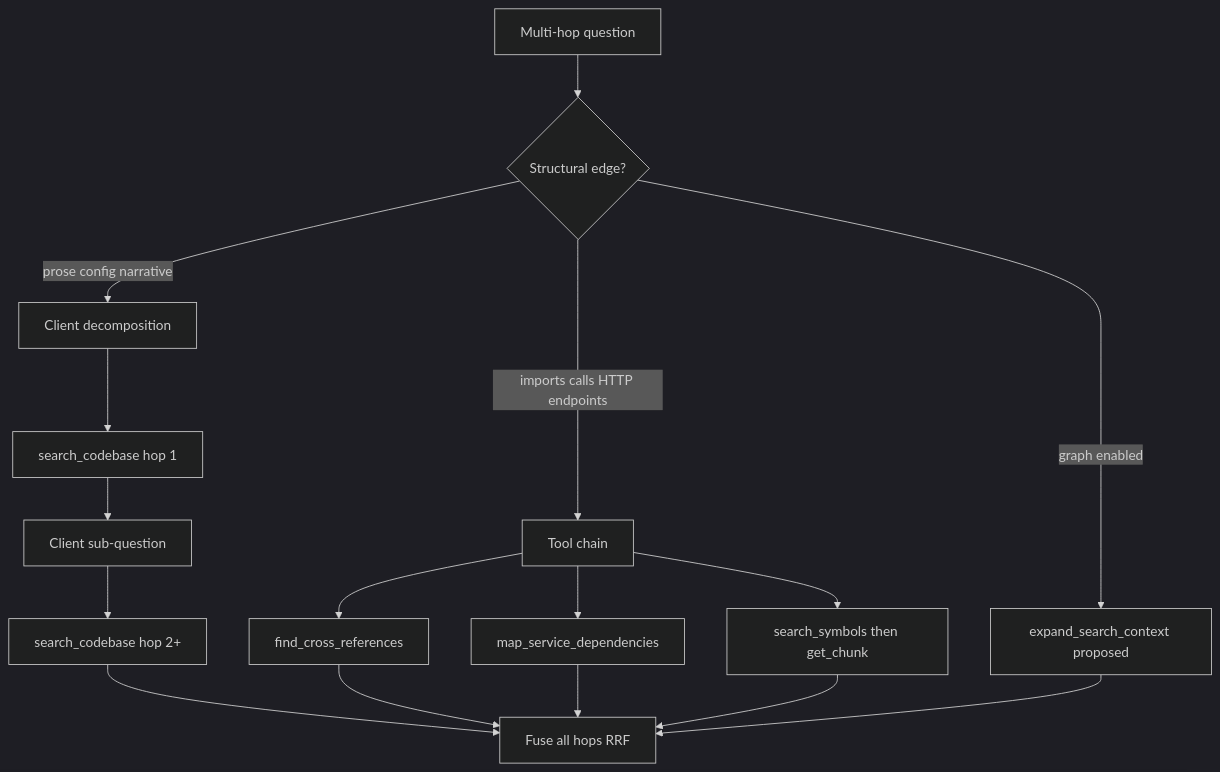
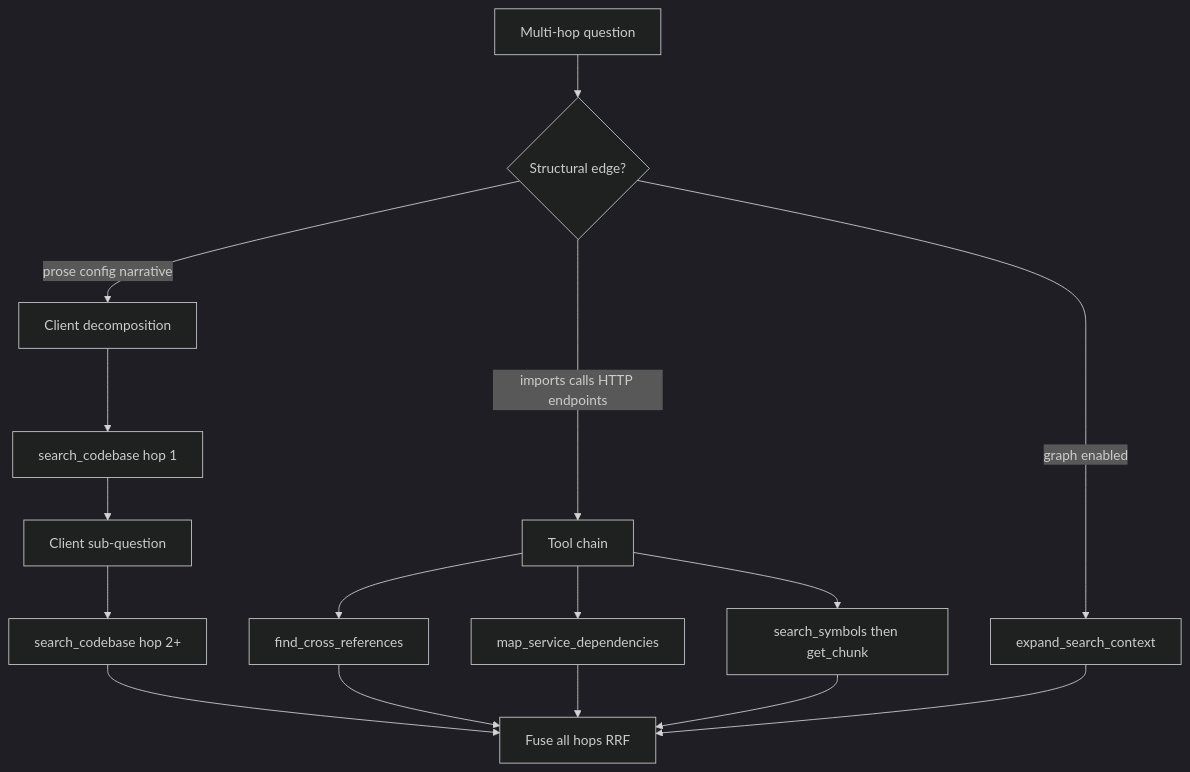
Before and after one commit to Tusquito/codebase-indexer-mcp: the diagram in docs/SEARCH_BEHAVIOR.md, drawn with Mermaid (dark theme). The commit also changed other lines of this file and 67 other files, not shown here.

First line of the commit message:
ADR 0030 Phase 5: GraphRAG Neo4j expand (#41)

````diff
--- a/docs/SEARCH_BEHAVIOR.md
+++ b/docs/SEARCH_BEHAVIOR.md
@@ -189,19 +189,19 @@
 ```mermaid
 flowchart TD
     Q[Multi-hop question]
     Q --> Struct{Structural edge?}
     Struct -->|imports calls HTTP endpoints| Chain[Tool chain]
     Struct -->|prose config narrative| Decomp[Client decomposition]
-    Struct -->|graph enabled| Graph[expand_search_context proposed]
+    Struct -->|graph enabled| Graph[expand_search_context]
     Chain --> Xref[find_cross_references]
     Chain --> Map[map_service_dependencies]
     Chain --> Sym[search_symbols then get_chunk]
     Decomp --> S1[search_codebase hop 1]
     S1 --> Sub[Client sub-question]
     Sub --> S2[search_codebase hop 2+]
     S2 --> Fuse[Fuse all hops RRF]
     Xref --> Fuse
     Map --> Fuse
     Sym --> Fuse
     Graph --> Fuse
 ```
````
